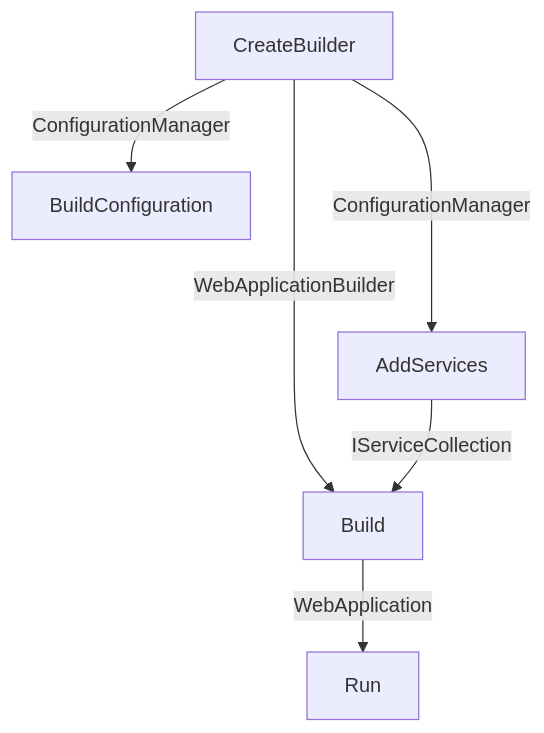
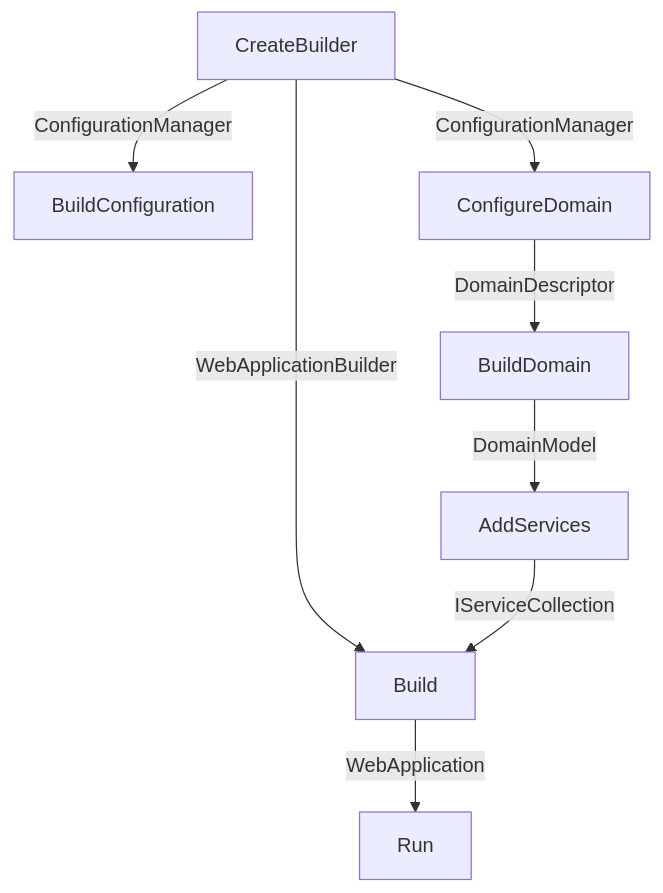
One commit to mouseless/baked changed the diagram in docs/blueprints/service.md. Above: the diagram before and after it, drawn with Mermaid. The commit also changed 2 other files, not shown here.

Commit message:
add ConfigureDomain and BuildDomain phases
- modify phase execution order diagram

````diff
--- a/docs/blueprints/service.md
+++ b/docs/blueprints/service.md
@@ -34,13 +34,17 @@
 ```mermaid
 flowchart TD
     AS[AddServices]
+    B[Build]
     BC[BuildConfiguration]
-    B[Build]
+    BD[BuildDomain]
     CB[CreateBuilder]
+    CD[ConfigureDomain]
     R[Run]
     CB -->|ConfigurationManager| BC
-    CB --->|ConfigurationManager| AS
+    CB -->|ConfigurationManager| CD
+    CD -->|DomainDescriptor| BD
+    BD -->|DomainModel| AS
     CB -->|WebApplicationBuilder| B
     AS -->|IServiceCollection| B
     B -->|WebApplication|R
 ```    
````
